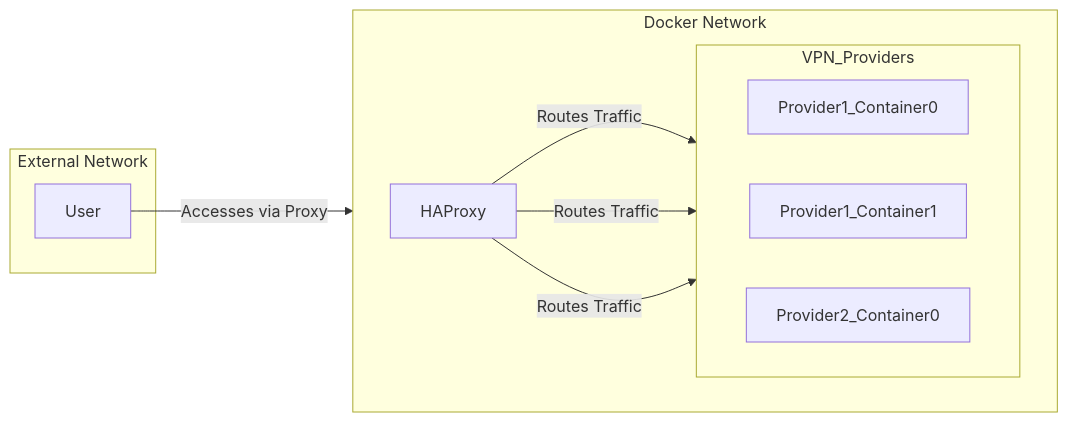
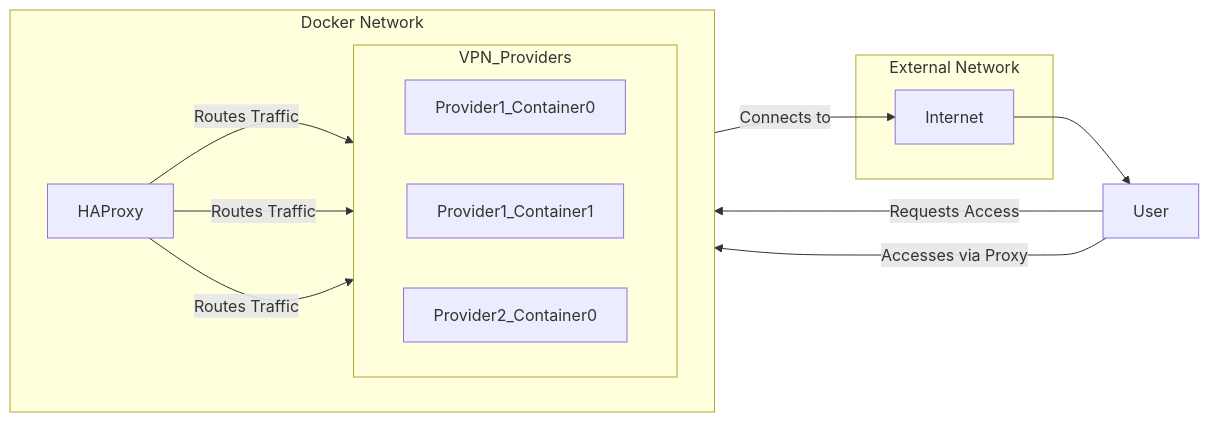
One commit to IAmStoxe/gluecannon changed the diagram in README.md. Above: the diagram before and after it, drawn with Mermaid.

Commit message:
Update MermaidJS Diagram for Clarity

````diff
--- a/README.md
+++ b/README.md
@@ -23,24 +23,27 @@
 ```mermaid
 graph LR
     subgraph Docker Network
         direction LR
         subgraph VPN_Providers
             direction LR
             provider1_0[Provider1_Container0]
             provider1_1[Provider1_Container1]
             provider2_0[Provider2_Container0]
         end
         haproxy[HAProxy]
     end
     
+    user[User] -->|Requests Access| haproxy
     haproxy -->|Routes Traffic| provider1_0
     haproxy -->|Routes Traffic| provider1_1
     haproxy -->|Routes Traffic| provider2_0
     
     subgraph External Network
-        user[User]
+        internet[Internet]
     end
     
+    internet --> user
     user -->|Accesses via Proxy| haproxy
+    haproxy -->|Connects to| internet
 
 ```
````
